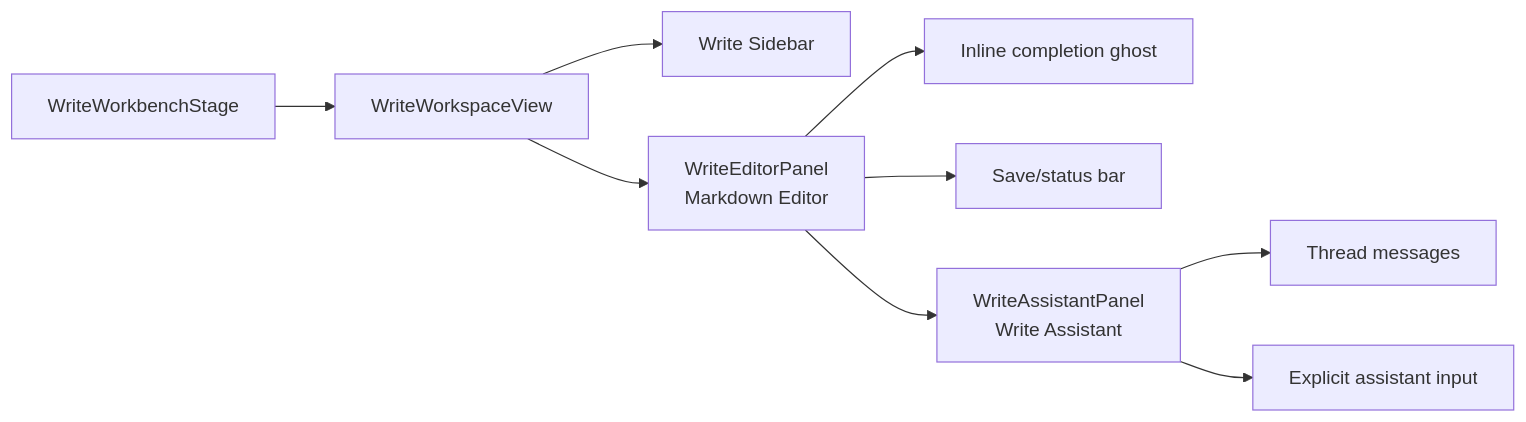
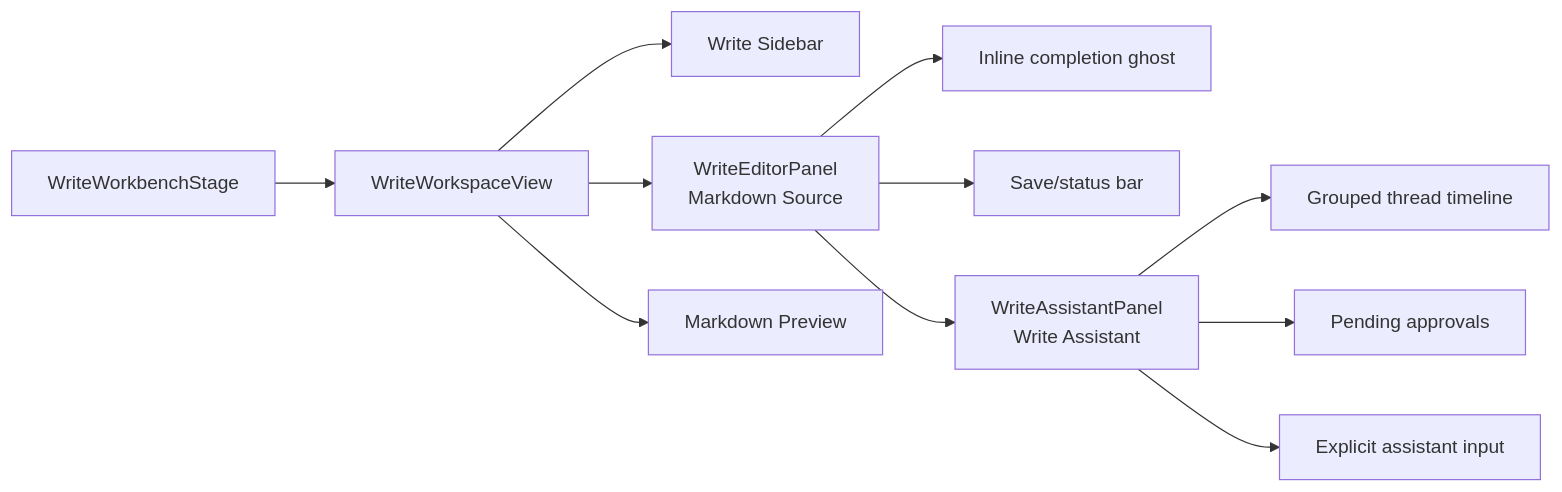
The third of 5 diagrams in docs/ui-layout-reference.md (dp-sudo/agent-pyramid-desktop), drawn with Mermaid before and after one commit. The commit also changed other lines of this file and 21 other files, not shown here.

````diff
--- a/docs/ui-layout-reference.md
+++ b/docs/ui-layout-reference.md
@@ -522,21 +522,25 @@
 ```mermaid
 flowchart LR
   Sidebar["Write Sidebar"]
   Stage["WriteWorkbenchStage"]
   Workspace["WriteWorkspaceView"]
-  Editor["WriteEditorPanel\nMarkdown Editor"]
+  Editor["WriteEditorPanel\nMarkdown Source"]
+  Preview["Markdown Preview"]
   Ghost["Inline completion ghost"]
   Status["Save/status bar"]
   Assistant["WriteAssistantPanel\nWrite Assistant"]
-  Messages["Thread messages"]
+  Messages["Grouped thread timeline"]
+  Pending["Pending approvals"]
   Prompt["Explicit assistant input"]
 
   Stage --> Workspace
   Workspace --> Sidebar
   Workspace --> Editor
+  Workspace --> Preview
   Editor --> Ghost
   Editor --> Status
   Editor --> Assistant
   Assistant --> Messages
+  Assistant --> Pending
   Assistant --> Prompt
 ```
````
